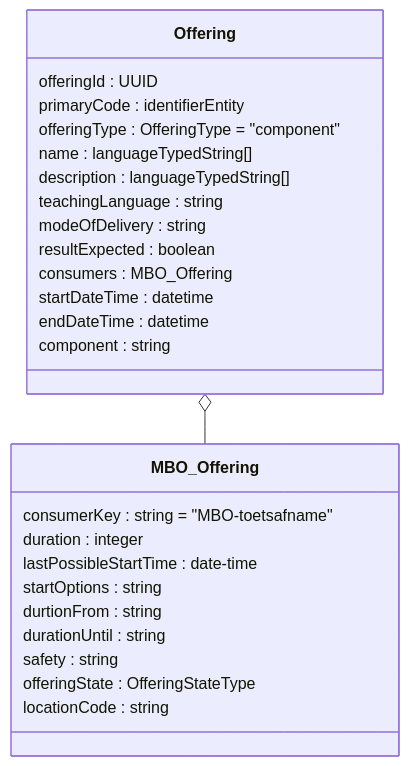
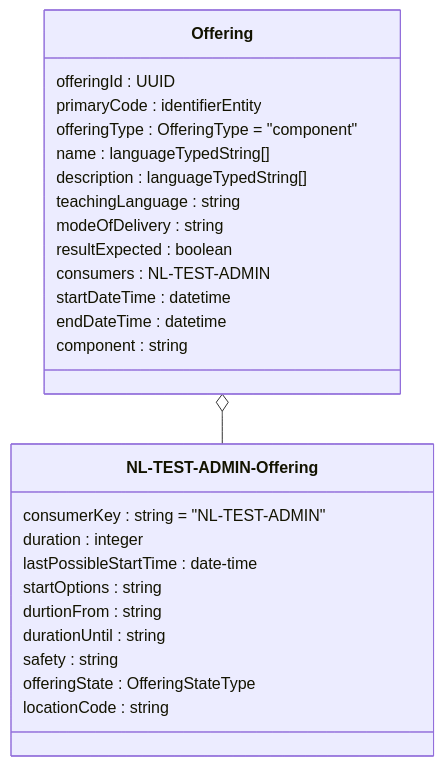
Before and after one commit to NetwerkExamineringDigitalisering/NED-OOAPI: the second of 10 diagrams in doc/flow2.md, drawn with Mermaid. The commit also changed other lines of this file and 11 other files, not shown here.

````diff
--- a/doc/flow2.md
+++ b/doc/flow2.md
@@ -23,29 +23,29 @@
 ```mermaid
 classDiagram
     class Offering {
     	offeringId : UUID
 	primaryCode : identifierEntity
 	offeringType : OfferingType = "component"
 	name : languageTypedString[]
 	description : languageTypedString[]
 	teachingLanguage : string
 	modeOfDelivery : string
 	resultExpected : boolean
-	consumers : MBO_Offering
+	consumers : NL-TEST-ADMIN
 	startDateTime : datetime
 	endDateTime : datetime
 	component : string
     }
-    class MBO_Offering {
-    	consumerKey : string = "MBO-toetsafname"
+    class NL-TEST-ADMIN-Offering {
+    	consumerKey : string = "NL-TEST-ADMIN"
 	duration : integer
 	lastPossibleStartTime : date-time
 	startOptions : string
 	durtionFrom : string
 	durationUntil : string
 	safety : string
 	offeringState : OfferingStateType
 	locationCode : string
     }
-    Offering o-- MBO_Offering
+    Offering o-- NL-TEST-ADMIN-Offering
 ```
````
